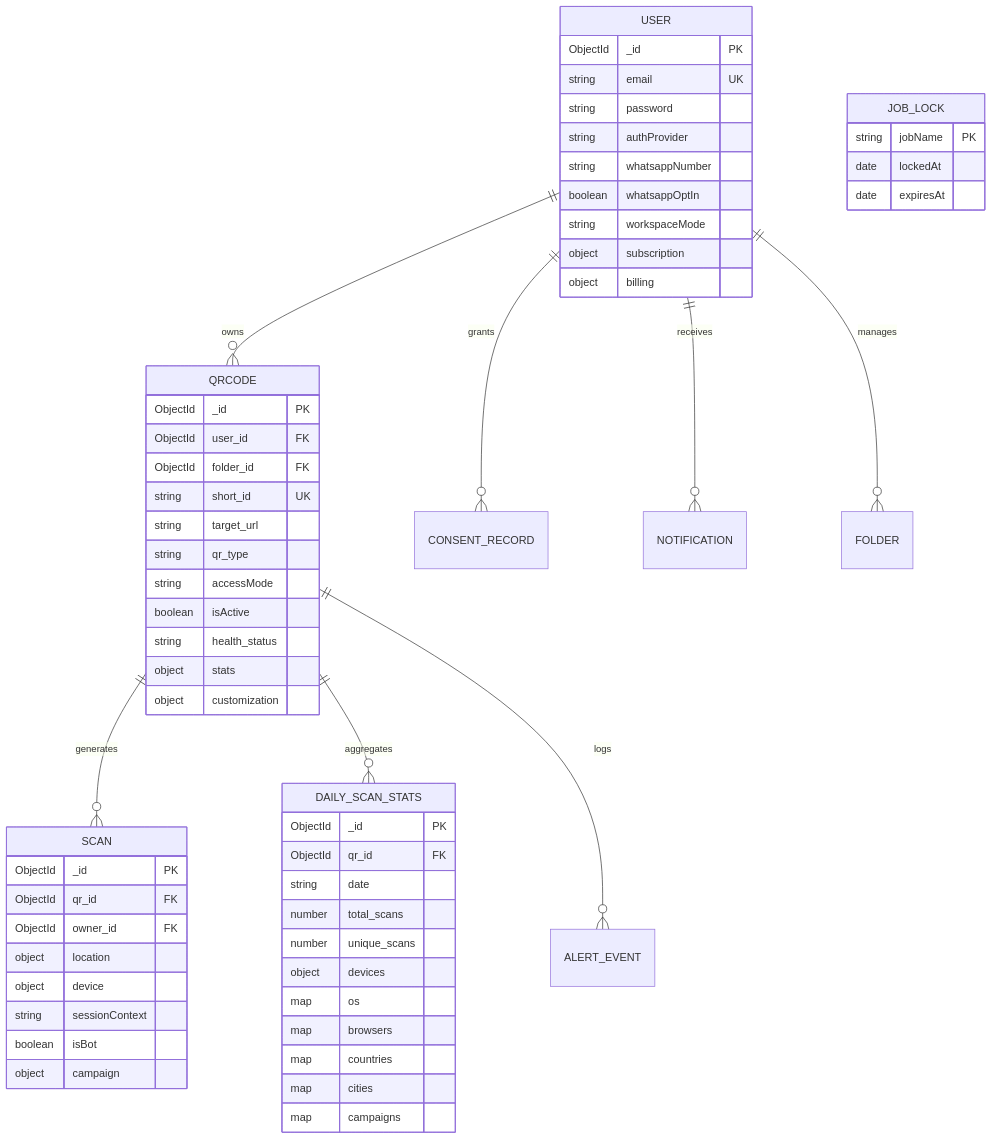
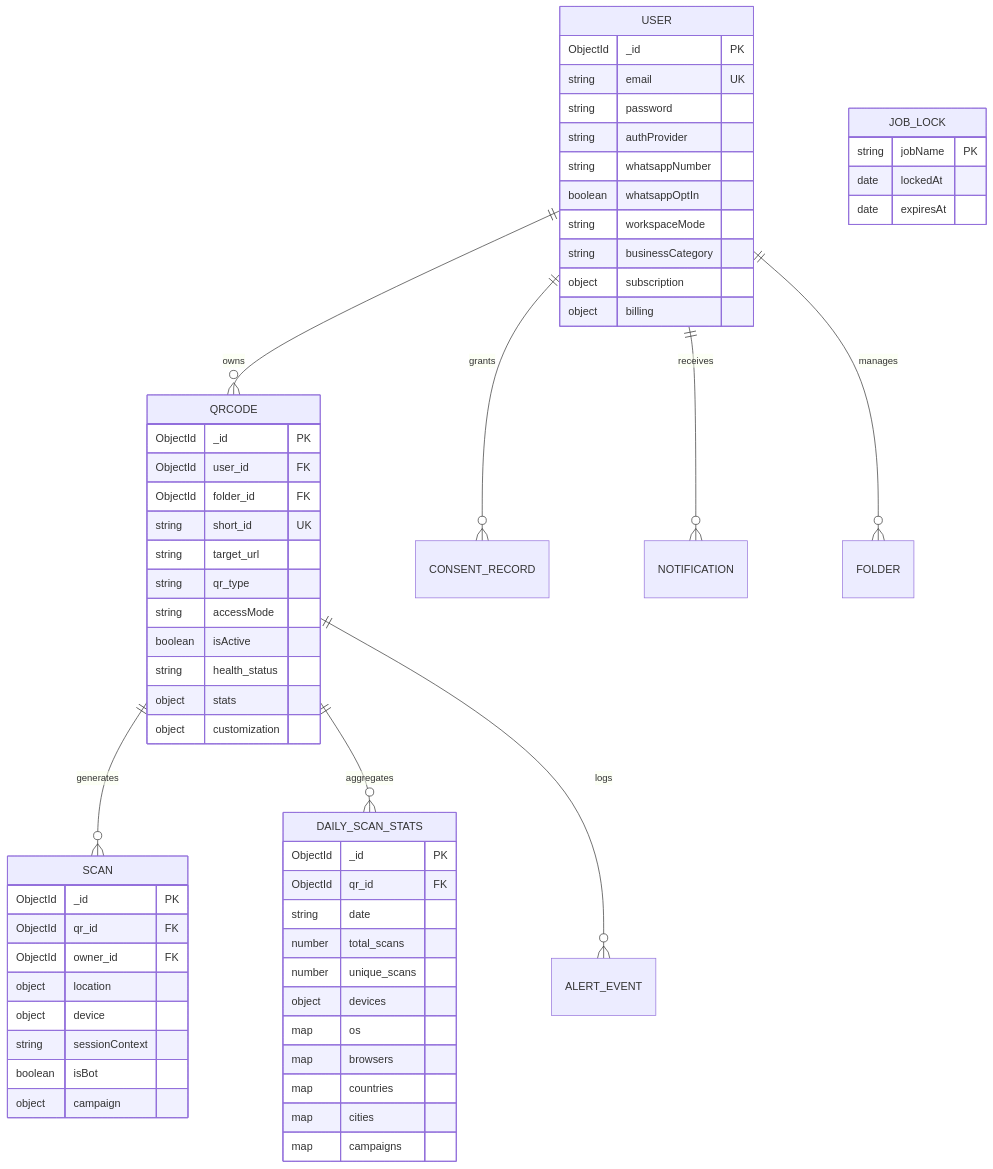
One commit to NovelCoder24/qrcode changed the second of 2 diagrams in Context/Architecture_context.md. Above: the diagram before and after it, drawn with Mermaid. The commit also changed other lines of this file and 6 other files, not shown here.

Commit message:
docs: document vertical chameleon skinning architecture and salon beachhead in context

````diff
--- a/Context/Architecture_context.md
+++ b/Context/Architecture_context.md
@@ -109,67 +109,68 @@
 ```mermaid
 erDiagram
     USER ||--o{ QRCODE : owns
     USER ||--o{ CONSENT_RECORD : grants
     USER ||--o{ NOTIFICATION : receives
     USER ||--o{ FOLDER : manages
     QRCODE ||--o{ SCAN : generates
     QRCODE ||--o{ DAILY_SCAN_STATS : aggregates
     QRCODE ||--o{ ALERT_EVENT : logs
     
     USER {
         ObjectId _id PK
         string email UK
         string password
         string authProvider
         string whatsappNumber
         boolean whatsappOptIn
         string workspaceMode
+        string businessCategory
         object subscription
         object billing
     }
     
     QRCODE {
         ObjectId _id PK
         ObjectId user_id FK
         ObjectId folder_id FK
         string short_id UK
         string target_url
         string qr_type
         string accessMode
         boolean isActive
         string health_status
         object stats
         object customization
     }
     
     DAILY_SCAN_STATS {
         ObjectId _id PK
         ObjectId qr_id FK
         string date
         number total_scans
         number unique_scans
         object devices
         map os
         map browsers
         map countries
         map cities
         map campaigns
     }
     
     SCAN {
         ObjectId _id PK
         ObjectId qr_id FK
         ObjectId owner_id FK
         object location
         object device
         string sessionContext
         boolean isBot
         object campaign
     }
     
     JOB_LOCK {
         string jobName PK
         date lockedAt
         date expiresAt
     }
 ```
````
